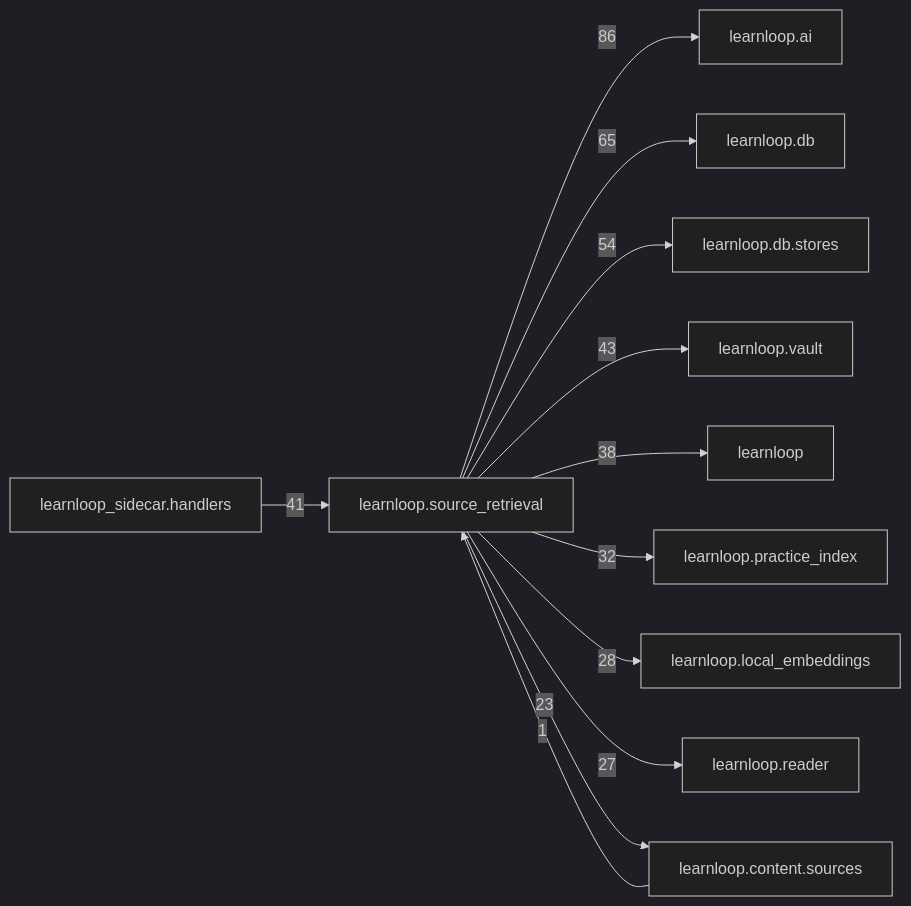
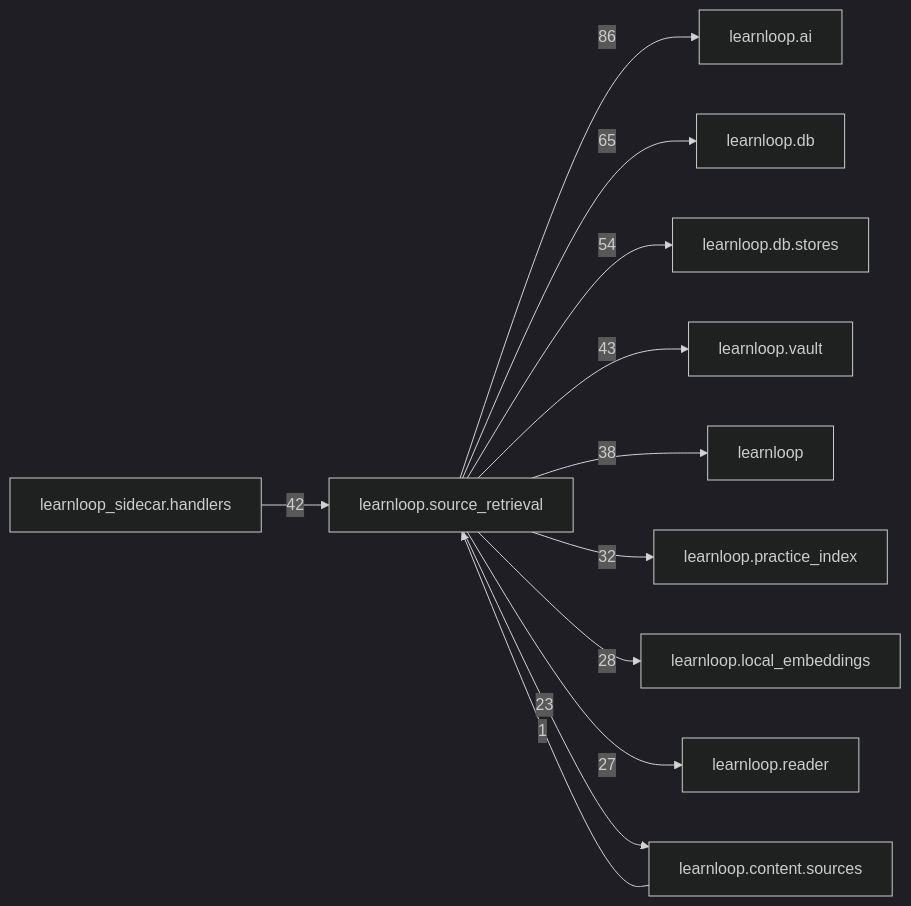
The diagram in docs/learnloop-architecture-vault/Reference/Modules/learnloop/source_retrieval/_package.md (6up-b/learnanything), drawn with Mermaid (dark theme) before and after one commit. The commit also changed other lines of this file and 122 other files, not shown here.

````diff
--- a/docs/learnloop-architecture-vault/Reference/Modules/learnloop/source_retrieval/_package.md
+++ b/docs/learnloop-architecture-vault/Reference/Modules/learnloop/source_retrieval/_package.md
@@ -183,25 +183,25 @@
 ```mermaid
 flowchart LR
     center["learnloop.source_retrieval"]
     n_learnloop_ai["learnloop.ai"]
     n_learnloop_db["learnloop.db"]
     n_learnloop_db_stores["learnloop.db.stores"]
     n_learnloop_vault["learnloop.vault"]
     n_learnloop_sidecar_handlers["learnloop_sidecar.handlers"]
     n_learnloop["learnloop"]
     n_learnloop_practice_index["learnloop.practice_index"]
     n_learnloop_local_embeddings["learnloop.local_embeddings"]
     n_learnloop_reader["learnloop.reader"]
     n_learnloop_content_sources["learnloop.content.sources"]
     center -->|86| n_learnloop_ai
     center -->|65| n_learnloop_db
     center -->|54| n_learnloop_db_stores
     center -->|43| n_learnloop_vault
-    n_learnloop_sidecar_handlers -->|41| center
+    n_learnloop_sidecar_handlers -->|42| center
     center -->|38| n_learnloop
     center -->|32| n_learnloop_practice_index
     center -->|28| n_learnloop_local_embeddings
     center -->|27| n_learnloop_reader
     n_learnloop_content_sources -->|1| center
     center -->|23| n_learnloop_content_sources
 ```
````
